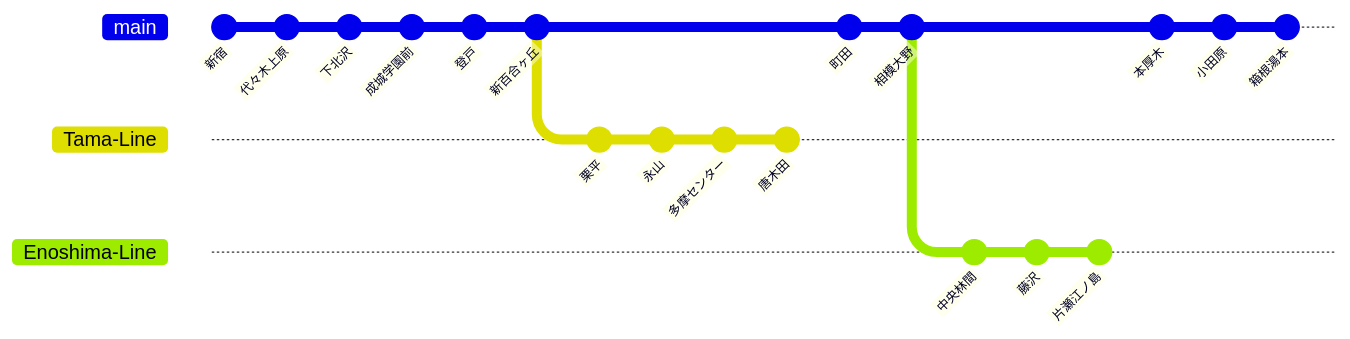
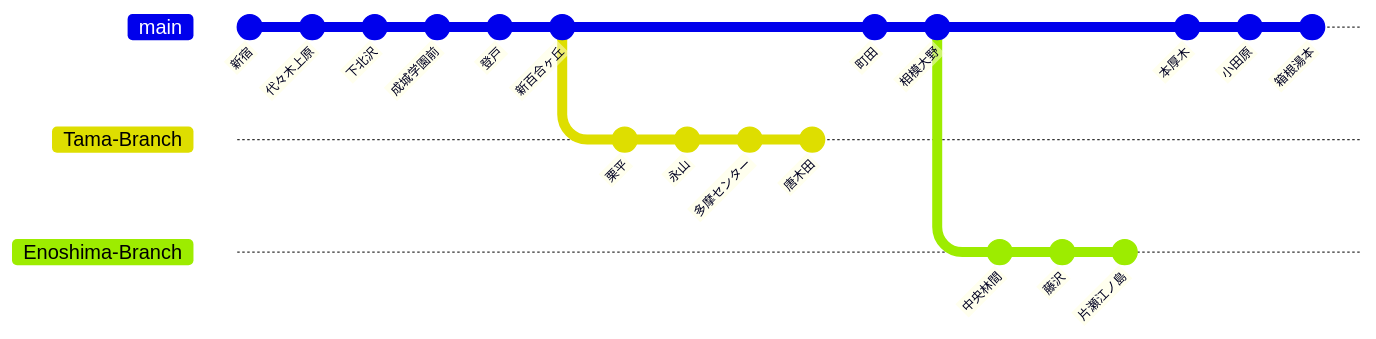
One commit to gghatano/git-railline changed the diagram in odakyu.md. Above: the diagram before and after it, drawn with Mermaid.

````diff
--- a/odakyu.md
+++ b/odakyu.md
@@ -1,26 +1,26 @@
 ```mermaid
 gitGraph
     checkout main
     commit id:"新宿"
     commit id:"代々木上原"
     commit id:"下北沢"
     commit id:"成城学園前"
     commit id:"登戸"
     commit id:"新百合ヶ丘"
-    branch Tama-Line
+    branch Tama-Branch
     commit id:"栗平"
     commit id:"永山"
     commit id:"多摩センター"
     commit id:"唐木田"
     checkout main
     commit id:"町田"
     commit id:"相模大野"
-    branch Enoshima-Line
+    branch Enoshima-Branch
     commit id:"中央林間"
     commit id:"藤沢"
     commit id:"片瀬江ノ島"
     checkout main
     commit id:"本厚木"
     commit id:"小田原"
     commit id:"箱根湯本"
 ```
````
